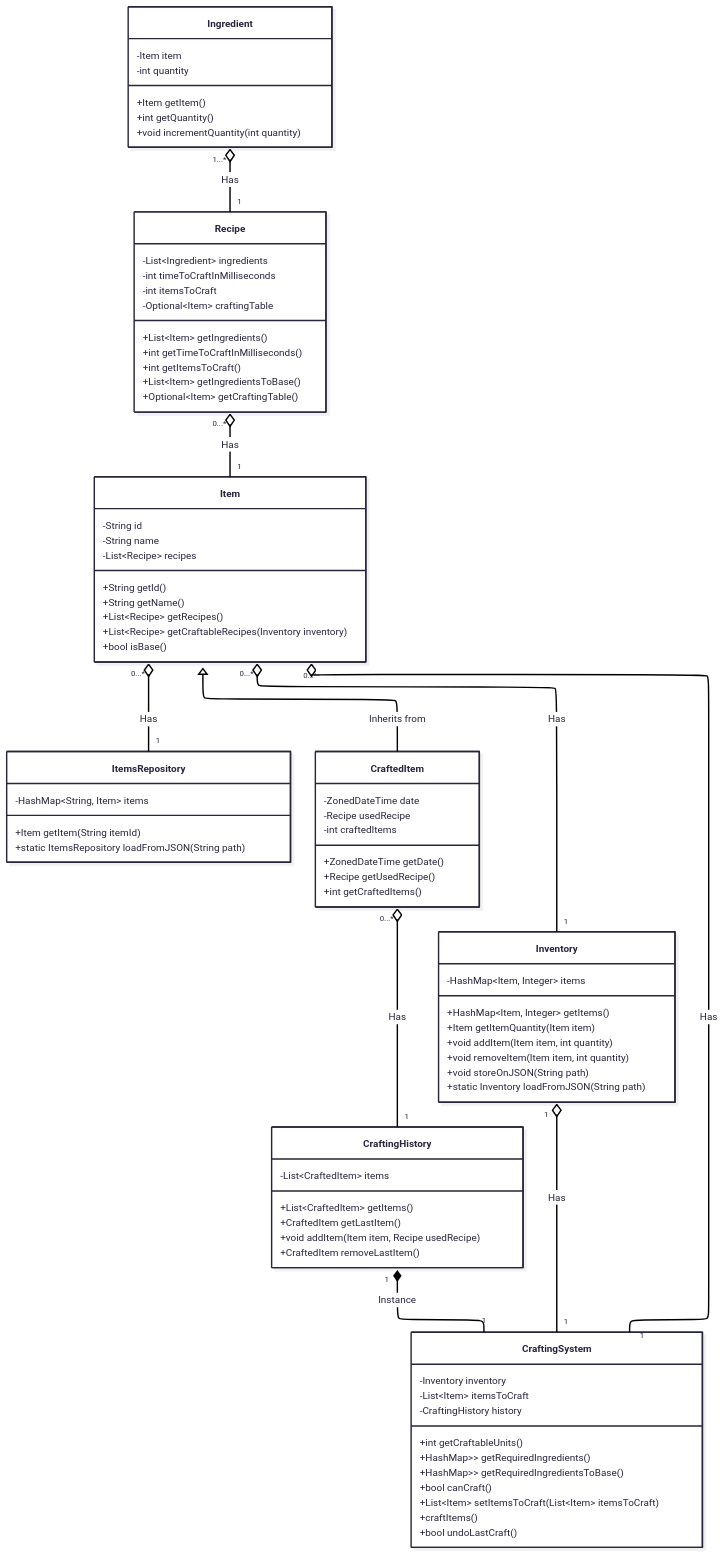
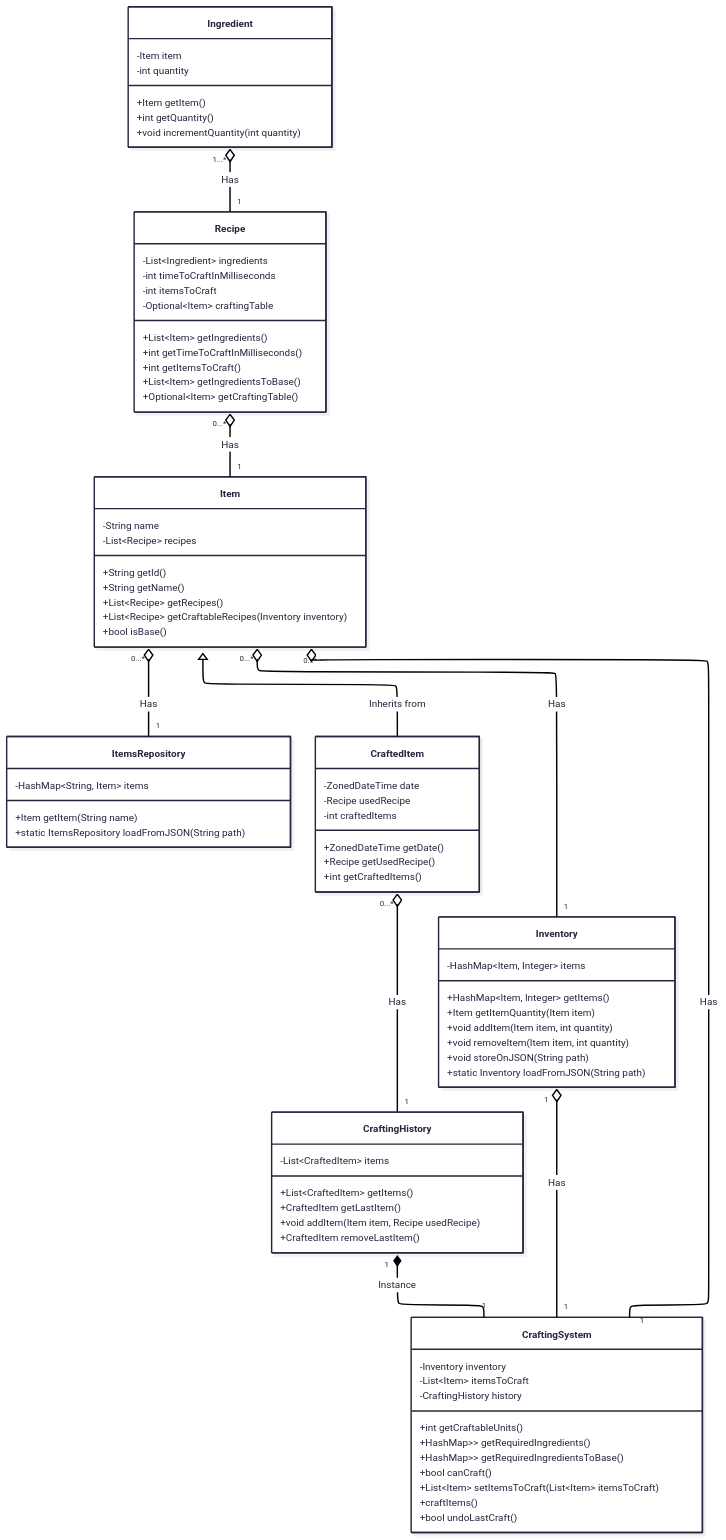
The first of 2 diagrams in README.md (hozlucas28/Java-Practical-Work-2025), drawn with Mermaid before and after one commit.

Commit message:
doc(class diagram): fix parameter name

```diff
--- a/README.md
+++ b/README.md
@@ -107,12 +107,11 @@
     class ItemsRepository {
 	    -HashMap~String, Item~ items
 
-	    +Item getItem(String itemId)
+	    +Item getItem(String name)
         +static ItemsRepository loadFromJSON(String path)
     }
 
     class Item {
-	    -String id
 	    -String name
 	    -List~Recipe~ recipes
 
```
